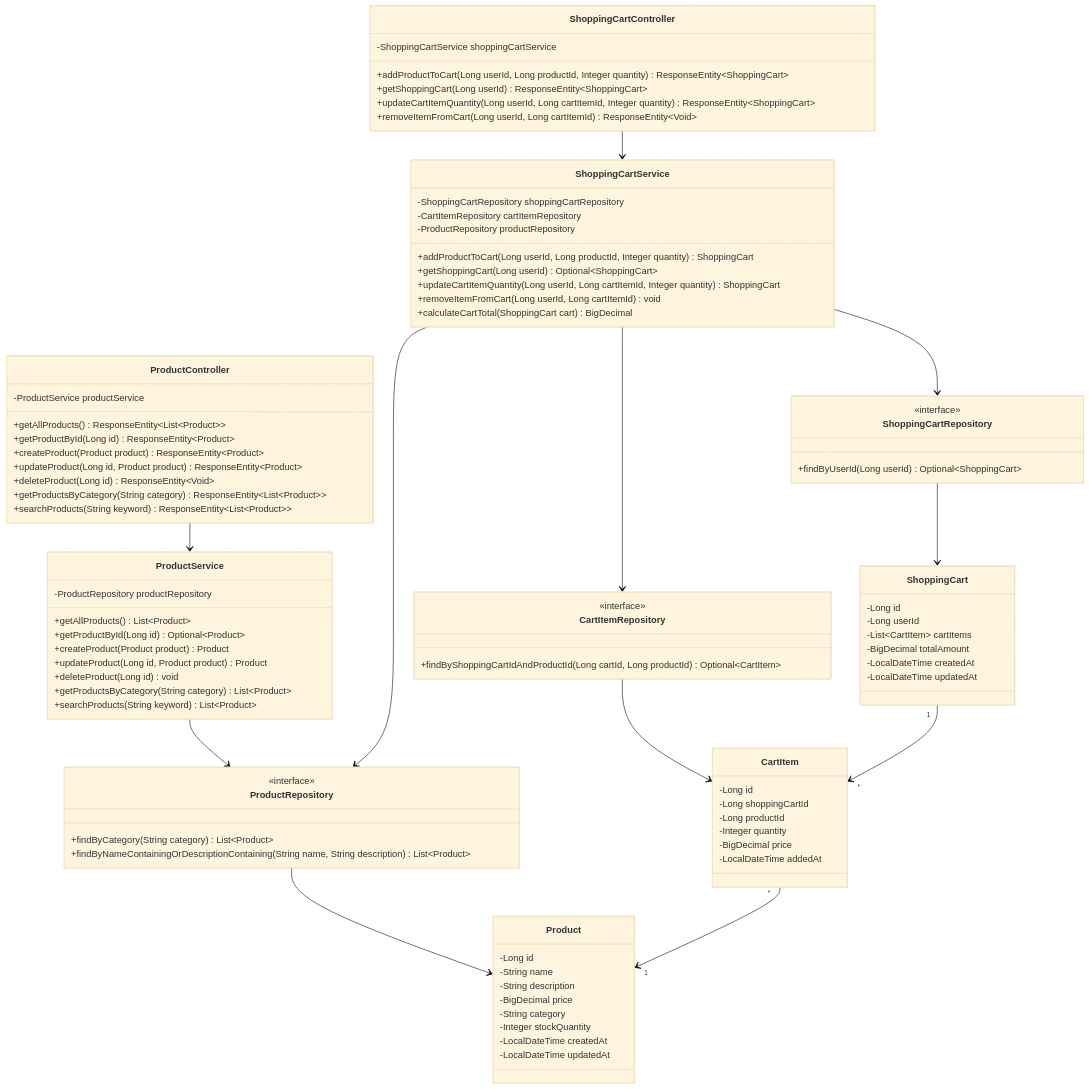
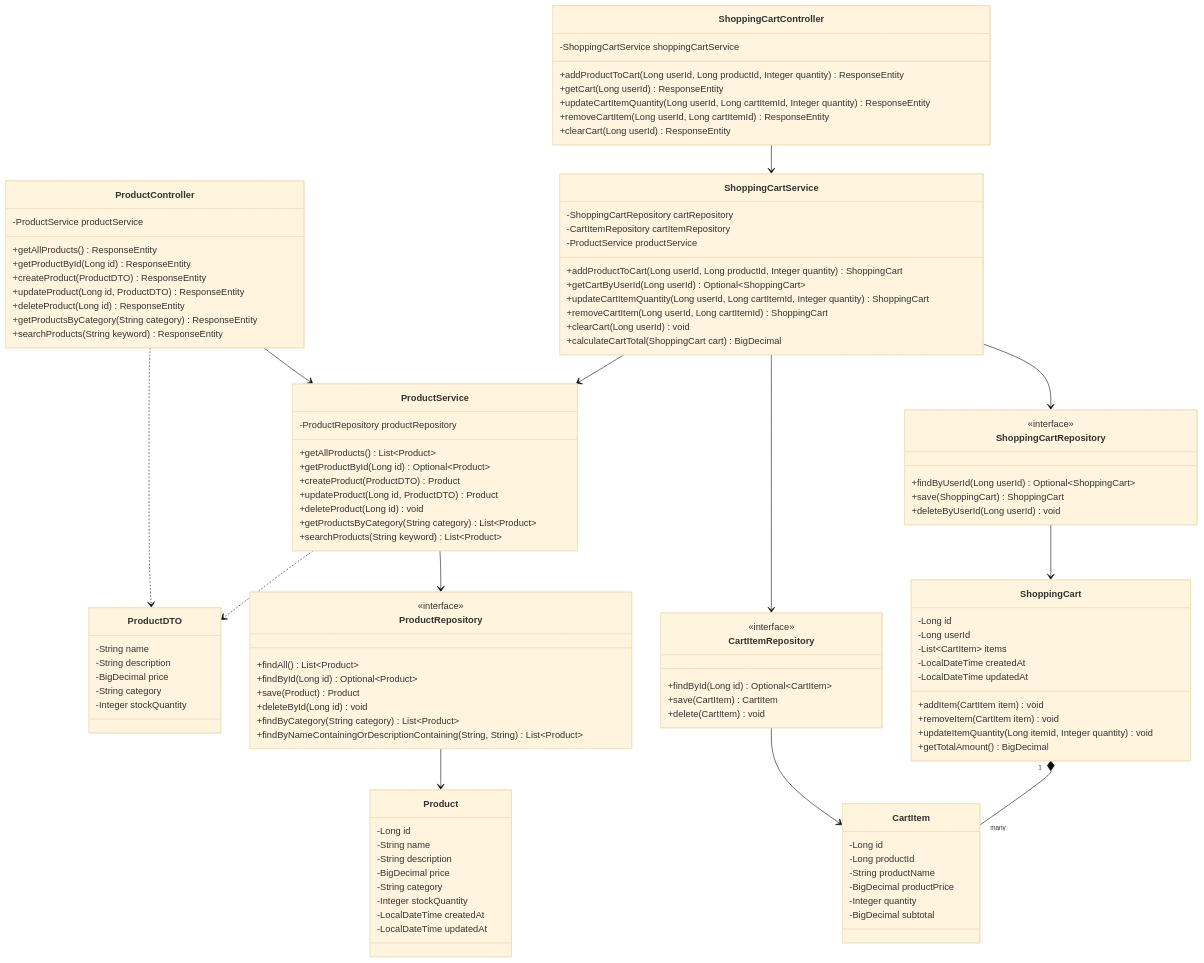
Before and after one commit to NavneetBN47/aava-ecom-demo: the first of 13 diagrams in docs/LLD/modified_lld.md, drawn with Mermaid (base theme). The commit also changed other lines of this file, not shown here.

````diff
--- a/docs/LLD/modified_lld.md
+++ b/docs/LLD/modified_lld.md
@@ -26,21 +25,21 @@
 classDiagram
     class ProductController {
         -ProductService productService
-        +getAllProducts() ResponseEntity~List~Product~~
-        +getProductById(Long id) ResponseEntity~Product~
-        +createProduct(Product product) ResponseEntity~Product~
-        +updateProduct(Long id, Product product) ResponseEntity~Product~
-        +deleteProduct(Long id) ResponseEntity~Void~
-        +getProductsByCategory(String category) ResponseEntity~List~Product~~
-        +searchProducts(String keyword) ResponseEntity~List~Product~~
+        +getAllProducts() ResponseEntity
+        +getProductById(Long id) ResponseEntity
+        +createProduct(ProductDTO) ResponseEntity
+        +updateProduct(Long id, ProductDTO) ResponseEntity
+        +deleteProduct(Long id) ResponseEntity
+        +getProductsByCategory(String category) ResponseEntity
+        +searchProducts(String keyword) ResponseEntity
     }
 
     class ProductService {
         -ProductRepository productRepository
         +getAllProducts() List~Product~
         +getProductById(Long id) Optional~Product~
-        +createProduct(Product product) Product
-        +updateProduct(Long id, Product product) Product
+        +createProduct(ProductDTO) Product
+        +updateProduct(Long id, ProductDTO) Product
         +deleteProduct(Long id) void
         +getProductsByCategory(String category) List~Product~
         +searchProducts(String keyword) List~Product~
@@ -48,8 +47,12 @@
 
     class ProductRepository {
         <<interface>>
+        +findAll() List~Product~
+        +findById(Long id) Optional~Product~
+        +save(Product) Product
+        +deleteById(Long id) void
         +findByCategory(String category) List~Product~
-        +findByNameContainingOrDescriptionContaining(String name, String description) List~Product~
+        +findByNameContainingOrDescriptionContaining(String, String) List~Product~
     }
 
     class Product {
@@ -63,62 +66,81 @@
         -LocalDateTime updatedAt
     }
 
+    class ProductDTO {
+        -String name
+        -String description
+        -BigDecimal price
+        -String category
+        -Integer stockQuantity
+    }
+
     class ShoppingCartController {
         -ShoppingCartService shoppingCartService
-        +addProductToCart(Long userId, Long productId, Integer quantity) ResponseEntity~ShoppingCart~
-        +getShoppingCart(Long userId) ResponseEntity~ShoppingCart~
-        +updateCartItemQuantity(Long userId, Long cartItemId, Integer quantity) ResponseEntity~ShoppingCart~
-        +removeItemFromCart(Long userId, Long cartItemId) ResponseEntity~Void~
+        +addProductToCart(Long userId, Long productId, Integer quantity) ResponseEntity
+        +getCart(Long userId) ResponseEntity
+        +updateCartItemQuantity(Long userId, Long cartItemId, Integer quantity) ResponseEntity
+        +removeCartItem(Long userId, Long cartItemId) ResponseEntity
+        +clearCart(Long userId) ResponseEntity
     }
 
     class ShoppingCartService {
-        -ShoppingCartRepository shoppingCartRepository
+        -ShoppingCartRepository cartRepository
         -CartItemRepository cartItemRepository
-        -ProductRepository productRepository
+        -ProductService productService
         +addProductToCart(Long userId, Long productId, Integer quantity) ShoppingCart
-        +getShoppingCart(Long userId) Optional~ShoppingCart~
+        +getCartByUserId(Long userId) Optional~ShoppingCart~
         +updateCartItemQuantity(Long userId, Long cartItemId, Integer quantity) ShoppingCart
-        +removeItemFromCart(Long userId, Long cartItemId) void
+        +removeCartItem(Long userId, Long cartItemId) ShoppingCart
+        +clearCart(Long userId) void
         +calculateCartTotal(ShoppingCart cart) BigDecimal
     }
 
     class ShoppingCartRepository {
         <<interface>>
         +findByUserId(Long userId) Optional~ShoppingCart~
+        +save(ShoppingCart) ShoppingCart
+        +deleteByUserId(Long userId) void
     }
 
     class CartItemRepository {
         <<interface>>
-        +findByShoppingCartIdAndProductId(Long cartId, Long productId) Optional~CartItem~
+        +findById(Long id) Optional~CartItem~
+        +save(CartItem) CartItem
+        +delete(CartItem) void
     }
 
     class ShoppingCart {
         -Long id
         -Long userId
-        -List~CartItem~ cartItems
-        -BigDecimal totalAmount
+        -List~CartItem~ items
         -LocalDateTime createdAt
         -LocalDateTime updatedAt
+        +addItem(CartItem item) void
+        +removeItem(CartItem item) void
+        +updateItemQuantity(Long itemId, Integer quantity) void
+        +getTotalAmount() BigDecimal
     }
 
     class CartItem {
         -Long id
-        -Long shoppingCartId
         -Long productId
+        -String productName
+        -BigDecimal productPrice
         -Integer quantity
-        -BigDecimal price
-        -LocalDateTime addedAt
+        -BigDecimal subtotal
     }
 
     ProductController --> ProductService
     ProductService --> ProductRepository
     ProductRepository --> Product
+    ProductController ..> ProductDTO
+    ProductService ..> ProductDTO
+    
     ShoppingCartController --> ShoppingCartService
     ShoppingCartService --> ShoppingCartRepository
     ShoppingCartService --> CartItemRepository
-    ShoppingCartService --> ProductRepository
+    ShoppingCartService --> ProductService
     ShoppingCartRepository --> ShoppingCart
     CartItemRepository --> CartItem
-    ShoppingCart "1" --> "*" CartItem
-    CartItem "*" --> "1" Product
+    ShoppingCart "1" *-- "many" CartItem
 ```
````
